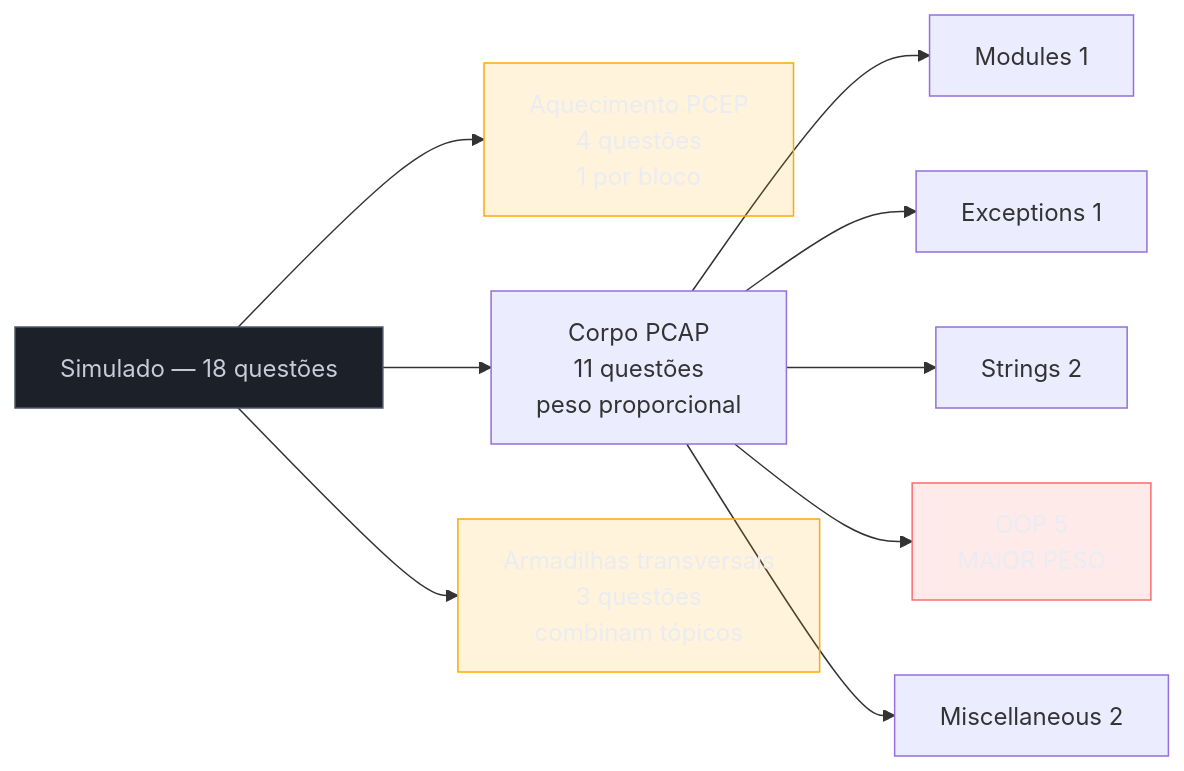
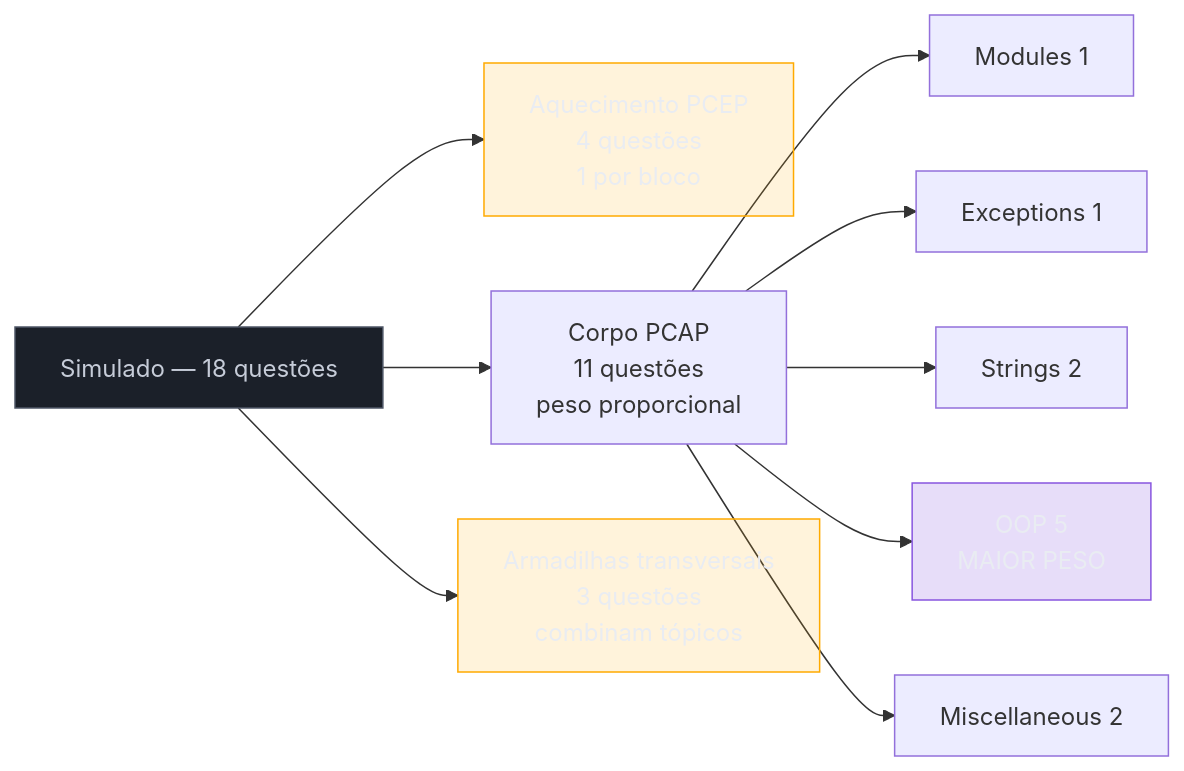
Before and after one commit to josenaldo/codex-technomanticus: the first of 2 diagrams in 03-Dominios/Tecnologia/Python/Certificação (PCEP-PCAP)/08 - Capstone — simulado comentado PCEP + PCAP.md, drawn with Mermaid. The commit also changed other lines of this file and 601 other files, not shown here.

````diff
--- a/03-Dominios/Tecnologia/Python/Certificação (PCEP-PCAP)/08 - Capstone — simulado comentado PCEP + PCAP.md
+++ b/03-Dominios/Tecnologia/Python/Certificação (PCEP-PCAP)/08 - Capstone — simulado comentado PCEP + PCAP.md
@@ -27,20 +27,20 @@
 ```mermaid
 flowchart LR
+    classDef marca fill:#8855DF33,stroke:#8855DF,color:#E9ECF2
     classDef neutro fill:#1B2029,stroke:#4E5666,color:#C6CCD8
-    classDef falha fill:#FF6B6B24,stroke:#FF6B6B,color:#E9ECF2
     classDef destaque fill:#FFAA0024,stroke:#FFAA00,color:#E9ECF2
     SIM["Simulado — 18 questões"] --> PCEP["Aquecimento PCEP<br/>4 questões<br/>1 por bloco"]
     SIM --> PCAP["Corpo PCAP<br/>11 questões<br/>peso proporcional"]
     SIM --> ARM["Armadilhas transversais<br/>3 questões<br/>combinam tópicos"]
 
     PCAP --> M["Modules 1"]
     PCAP --> E["Exceptions 1"]
     PCAP --> S["Strings 2"]
     PCAP --> O["OOP 5<br/>MAIOR PESO"]
     PCAP --> MI["Miscellaneous 2"]
 
     class SIM neutro
-    class O falha
+    class O marca
     class PCEP destaque
     class ARM destaque
 ```
````
